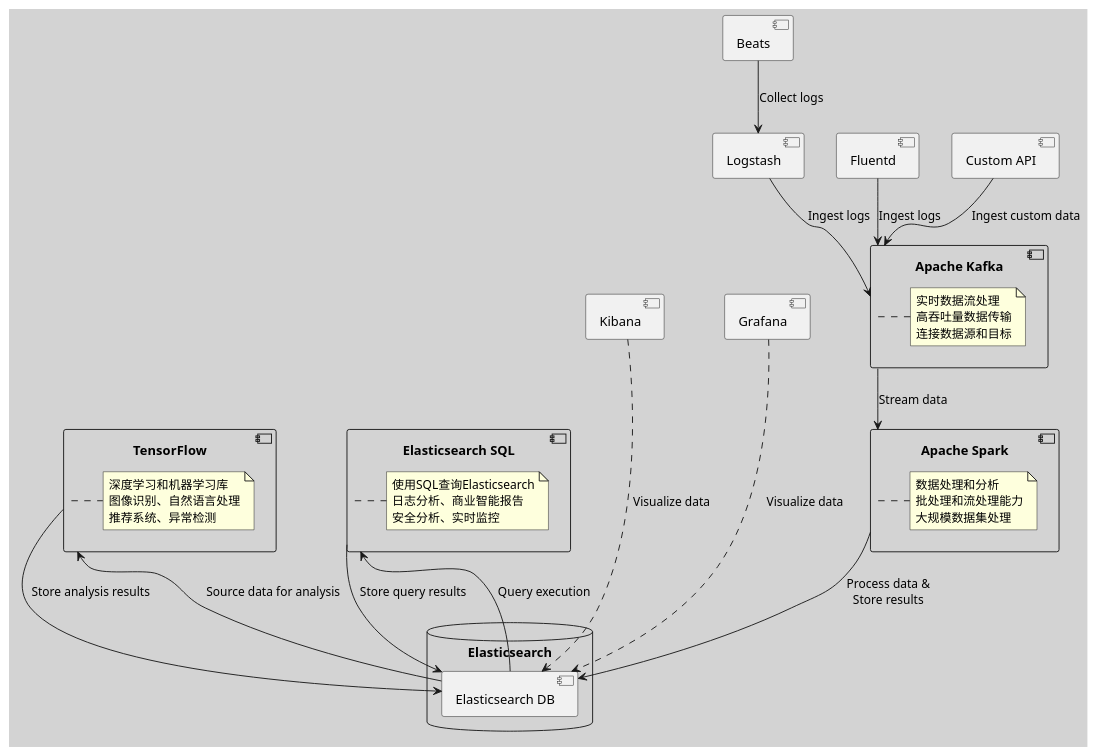
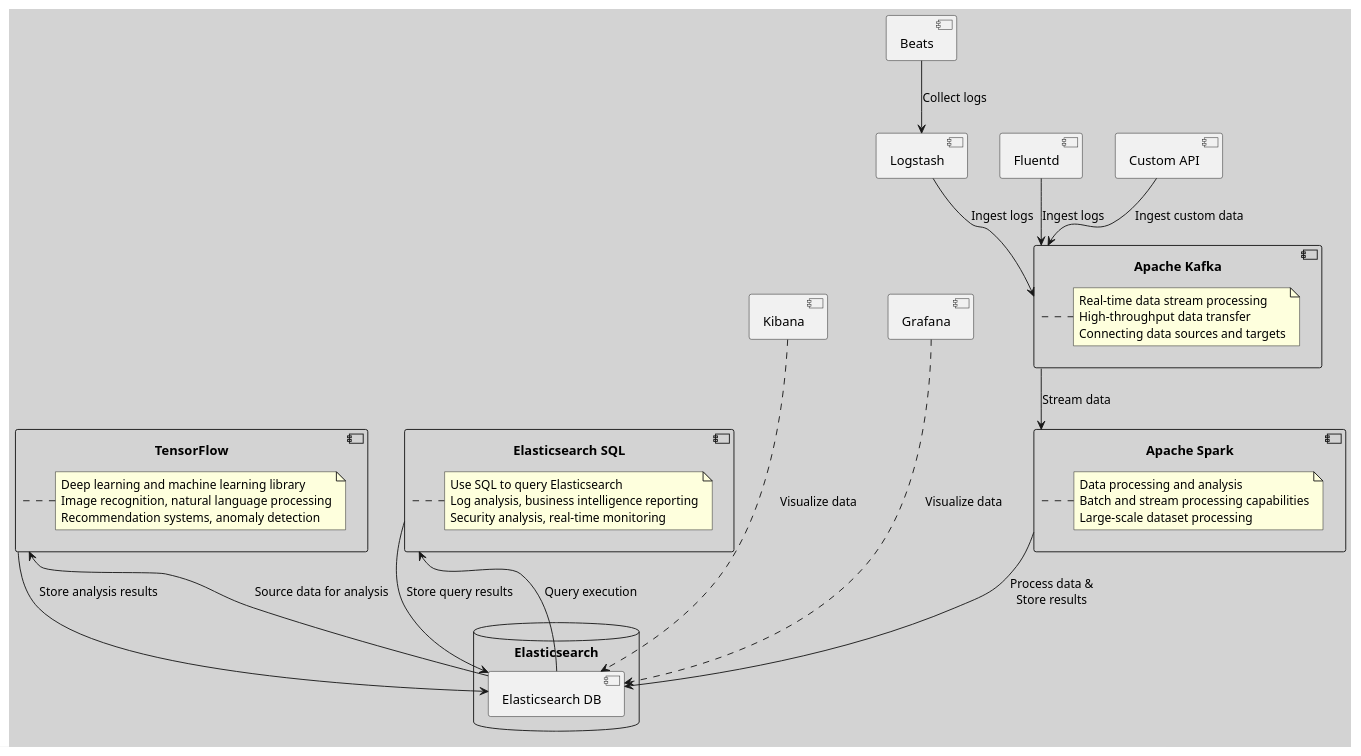
One commit to huangyingw/system_design changed the diagram in imvu_system_architecture/imvu_elasticsearch_architecture_diagram.puml. Above: the diagram before and after it, drawn with PlantUML.

```diff
--- a/imvu_system_architecture/imvu_elasticsearch_architecture_diagram.puml
+++ b/imvu_system_architecture/imvu_elasticsearch_architecture_diagram.puml
@@ -1,61 +1,61 @@
 @startuml
 skinparam backgroundColor #D3D3D3
 
 component "Logstash" as Logstash
 component "Fluentd" as Fluentd
 component "Custom API" as CustomAPI
 component "Beats" as Beats
 
 component "Apache Kafka" as Kafka {
     note right of Kafka
-      实时数据流处理
-      高吞吐量数据传输
-      连接数据源和目标
+      Real-time data stream processing
+      High-throughput data transfer
+      Connecting data sources and targets
     end note
 }
 component "Apache Spark" as Spark {
     note right of Spark
-      数据处理和分析
-      批处理和流处理能力
-      大规模数据集处理
+      Data processing and analysis
+      Batch and stream processing capabilities
+      Large-scale dataset processing
     end note
 }
 
 component "TensorFlow" as TensorFlow {
     note right of TensorFlow
-      深度学习和机器学习库
-      图像识别、自然语言处理
-      推荐系统、异常检测
+      Deep learning and machine learning library
+      Image recognition, natural language processing
+      Recommendation systems, anomaly detection
     end note
 }
 component "Elasticsearch SQL" as ESSQL {
     note right of ESSQL
-      使用SQL查询Elasticsearch
-      日志分析、商业智能报告
-      安全分析、实时监控
+      Use SQL to query Elasticsearch
+      Log analysis, business intelligence reporting
+      Security analysis, real-time monitoring
     end note
 }
 component "Kibana" as Kibana
 component "Grafana" as Grafana
 
 database "Elasticsearch" {
     [Elasticsearch DB]
 }
 
 Beats --> Logstash : Collect logs
 Logstash --> Kafka : Ingest logs
 Fluentd --> Kafka : Ingest logs
 CustomAPI --> Kafka : Ingest custom data
 
 Kafka --> Spark : Stream data
 
 Spark --> [Elasticsearch DB] : Process data &\nStore results
 
 [Elasticsearch DB] --> TensorFlow : Source data for analysis
 TensorFlow --> [Elasticsearch DB] : Store analysis results
 [Elasticsearch DB] --> ESSQL : Query execution
 ESSQL --> [Elasticsearch DB] : Store query results
 Kibana -.-> [Elasticsearch DB] : Visualize data
 Grafana -.-> [Elasticsearch DB] : Visualize data
 
 @enduml
```
